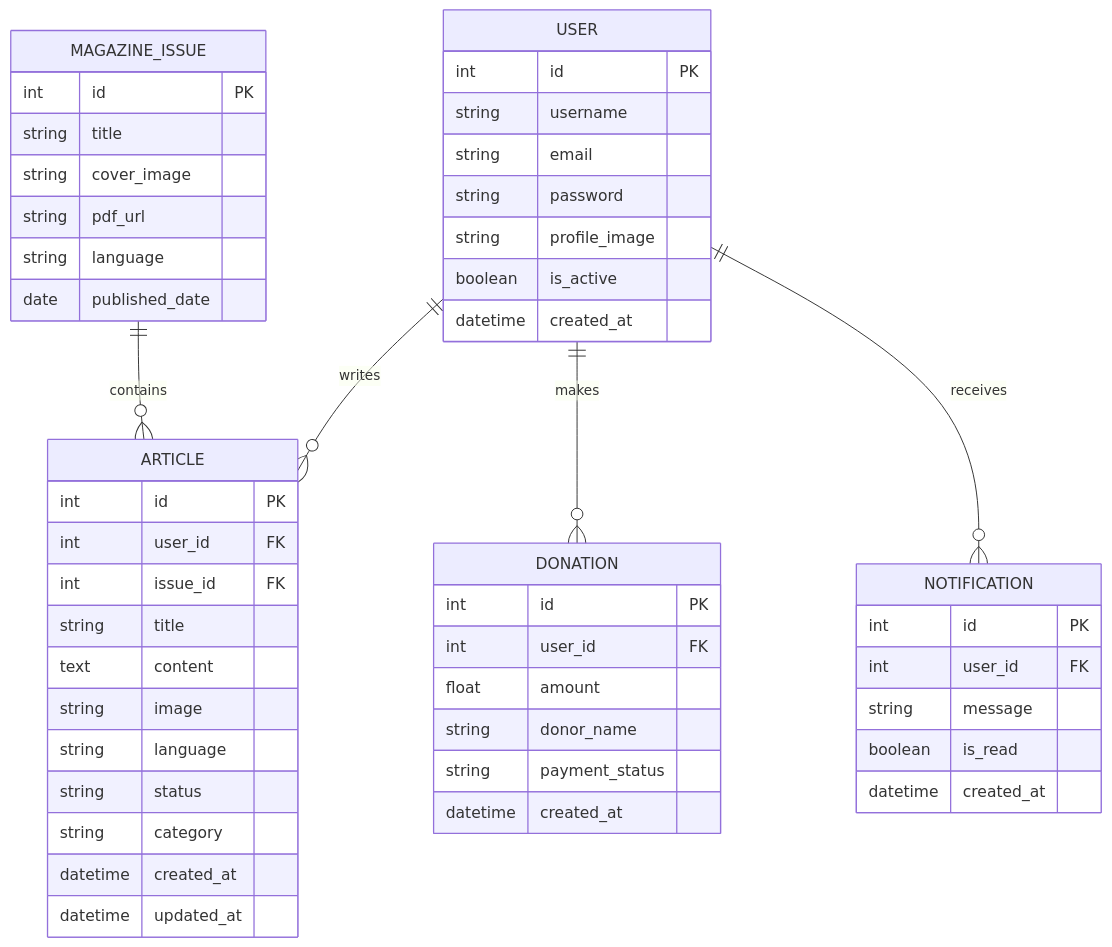
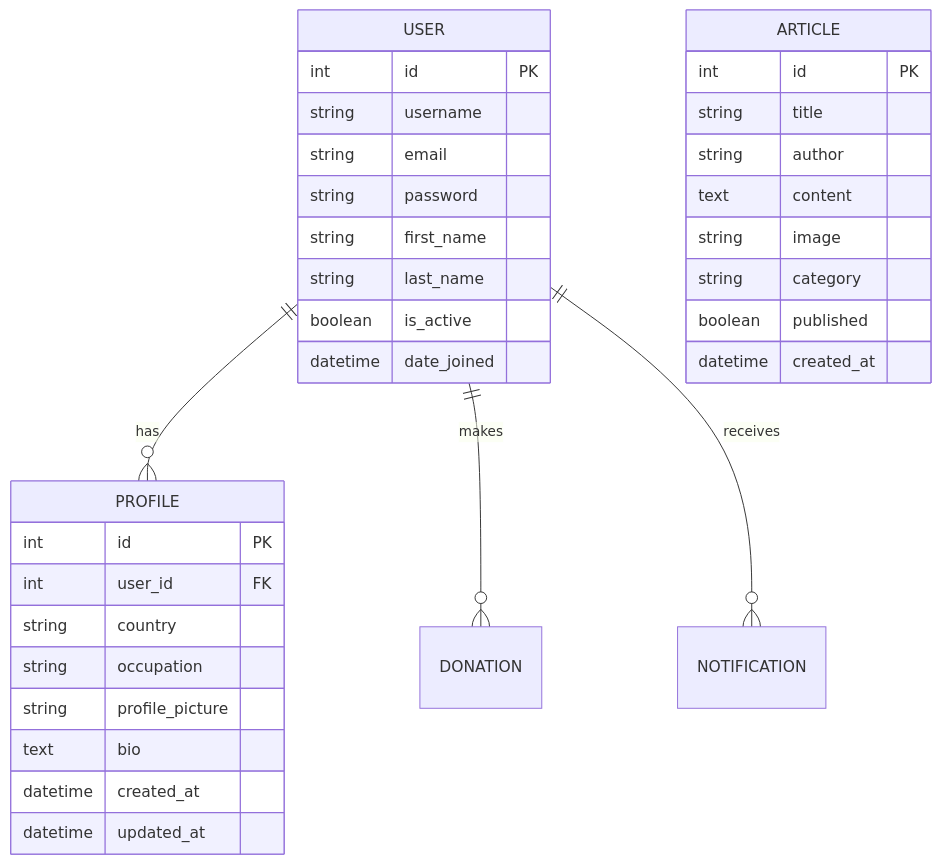
The second of 5 diagrams in README.md (Gigi-Corlay/portfolioLionessMagazine), drawn with Mermaid before and after one commit. The commit also changed other lines of this file and 3 other files, not shown here.

````diff
--- a/README.md
+++ b/README.md
@@ -61,58 +91,39 @@
 ```mermaid
 erDiagram
+    USER ||--o{ PROFILE : has
+    USER ||--o{ DONATION : makes
+    USER ||--o{ NOTIFICATION : receives
+    
+    USER {
+        int id PK
+        string username
+        string email
+        string password
+        string first_name
+        string last_name
+        boolean is_active
+        datetime date_joined
+    }
 
-USER ||--o{ ARTICLE : writes
-USER ||--o{ DONATION : makes
-USER ||--o{ NOTIFICATION : receives
-MAGAZINE_ISSUE ||--o{ ARTICLE : contains
+    PROFILE {
+        int id PK
+        int user_id FK
+        string country
+        string occupation
+        string profile_picture
+        text bio
+        datetime created_at
+        datetime updated_at
+    }
 
-USER {
-  int id PK
-  string username
-  string email
-  string password
-  string profile_image
-  boolean is_active
-  datetime created_at
-}
-
-ARTICLE {
-  int id PK
-  int user_id FK
-  int issue_id FK
-  string title
-  text content
-  string image
-  string language
-  string status
-  string category
-  datetime created_at
-  datetime updated_at
-}
-
-MAGAZINE_ISSUE {
-  int id PK
-  string title
-  string cover_image
-  string pdf_url
-  string language
-  date published_date
-}
-
-DONATION {
-  int id PK
-  int user_id FK
-  float amount
-  string donor_name
-  string payment_status
-  datetime created_at
-}
-
-NOTIFICATION {
-  int id PK
-  int user_id FK
-  string message
-  boolean is_read
-  datetime created_at
-}
+    ARTICLE {
+        int id PK
+        string title
+        string author
+        text content
+        string image
+        string category
+        boolean published
+        datetime created_at
+    }
 ```
````
